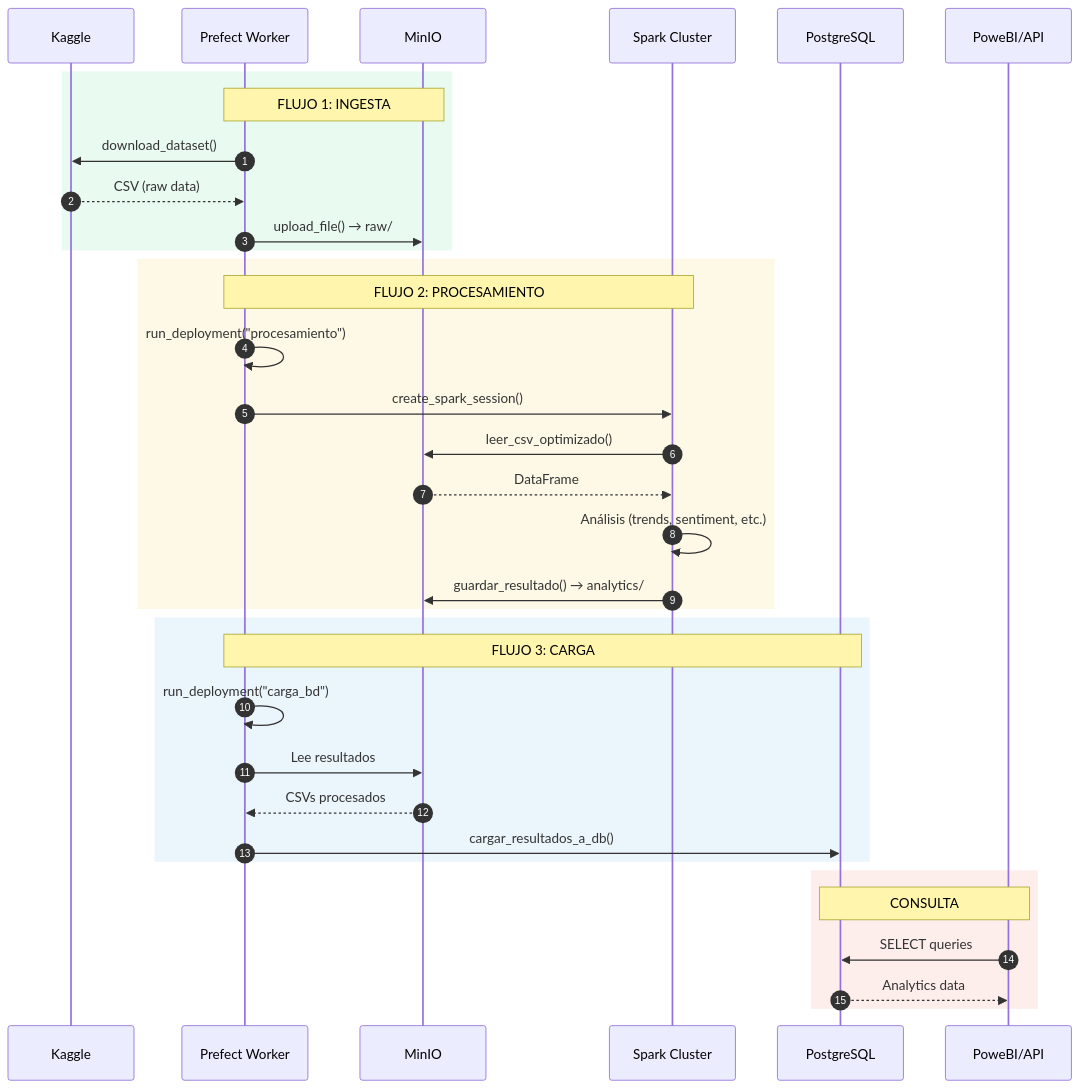
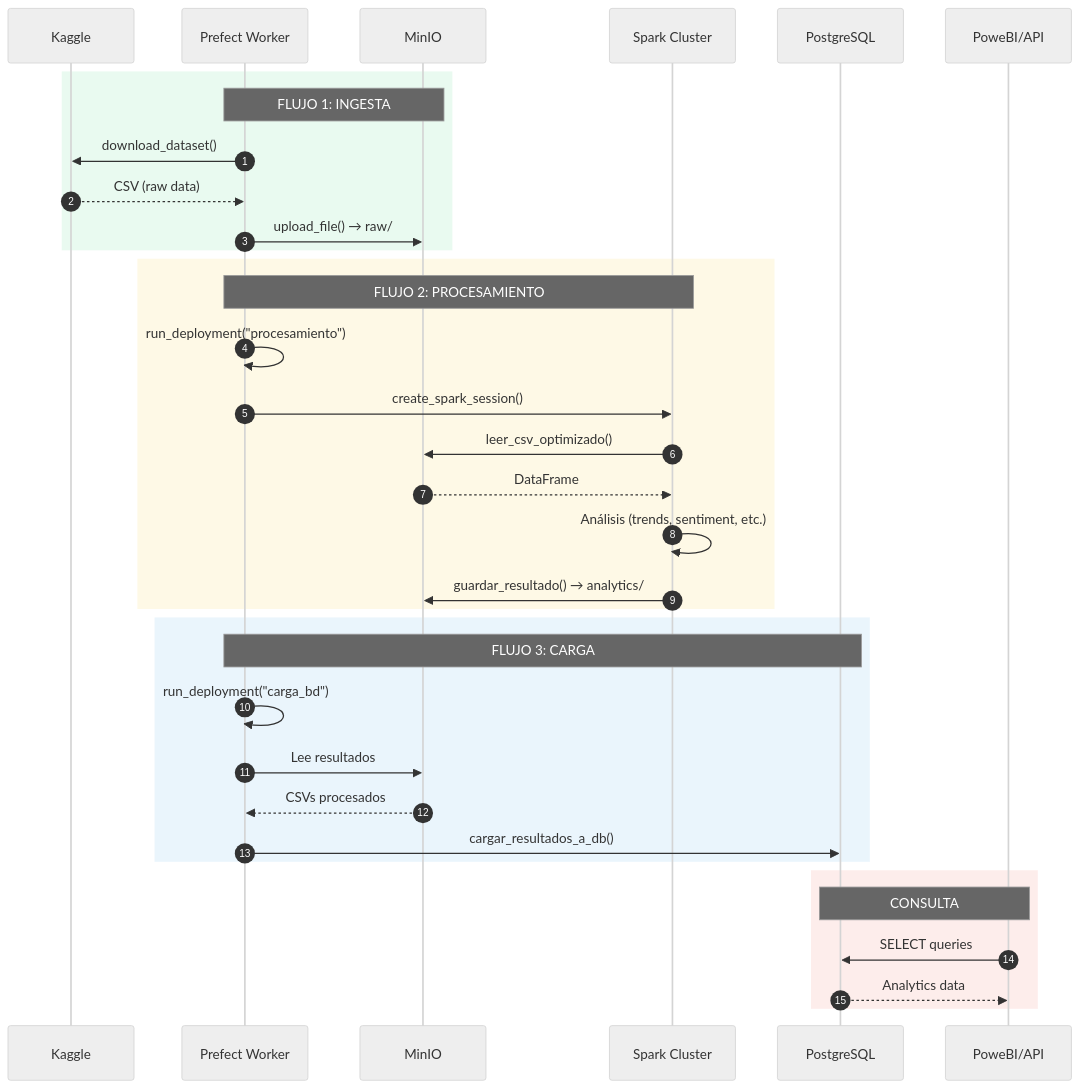
The second of 2 diagrams in README.md (luis27diego/reddit-trends-pipeline), drawn with Mermaid before and after one commit. The commit also changed other lines of this file and 1 other file, not shown here.

Commit message:
Refactor code structure for improved readability and maintainability

````diff
--- a/README.md
+++ b/README.md
@@ -105,41 +105,42 @@
 ```mermaid
+%%{init: {'theme': 'neutral'}}%%
 sequenceDiagram
-    autonumber
-    participant K as Kaggle
-    participant PW as Prefect Worker
-    participant MI as MinIO
-    participant SP as Spark Cluster
-    participant PG as PostgreSQL
-    participant BI as PoweBI/API
+    autonumber
+    participant K as Kaggle
+    participant PW as Prefect Worker
+    participant MI as MinIO
+    participant SP as Spark Cluster
+    participant PG as PostgreSQL
+    participant BI as PoweBI/API
 
-    rect rgb(46, 204, 113, 0.1)
-        Note over PW,MI: FLUJO 1: INGESTA
-        PW->>K: download_dataset()
-        K-->>PW: CSV (raw data)
-        PW->>MI: upload_file() → raw/
-    end
+    rect rgb(46, 204, 113, 0.1)
+        Note over PW,MI: FLUJO 1: INGESTA
+        PW->>K: download_dataset()
+        K-->>PW: CSV (raw data)
+        PW->>MI: upload_file() → raw/
+    end
 
-    rect rgb(241, 196, 15, 0.1)
-        Note over PW,SP: FLUJO 2: PROCESAMIENTO
-        PW->>PW: run_deployment("procesamiento")
-        PW->>SP: create_spark_session()
-        SP->>MI: leer_csv_optimizado()
-        MI-->>SP: DataFrame
-        SP->>SP: Análisis (trends, sentiment, etc.)
-        SP->>MI: guardar_resultado() → analytics/
-    end
+    rect rgb(241, 196, 15, 0.1)
+        Note over PW,SP: FLUJO 2: PROCESAMIENTO
+        PW->>PW: run_deployment("procesamiento")
+        PW->>SP: create_spark_session()
+        SP->>MI: leer_csv_optimizado()
+        MI-->>SP: DataFrame
+        SP->>SP: Análisis (trends, sentiment, etc.)
+        SP->>MI: guardar_resultado() → analytics/
+    end
 
-    rect rgb(52, 152, 219, 0.1)
-        Note over PW,PG: FLUJO 3: CARGA
-        PW->>PW: run_deployment("carga_bd")
-        PW->>MI: Lee resultados
-        MI-->>PW: CSVs procesados
-        PW->>PG: cargar_resultados_a_db()
-    end
+    rect rgb(52, 152, 219, 0.1)
+        Note over PW,PG: FLUJO 3: CARGA
+        PW->>PW: run_deployment("carga_bd")
+        PW->>MI: Lee resultados
+        MI-->>PW: CSVs procesados
+        PW->>PG: cargar_resultados_a_db()
+    end
 
-    rect rgb(231, 76, 60, 0.1)
-        Note over PG,BI: CONSULTA
-        BI->>PG: SELECT queries
-        PG-->>BI: Analytics data
-    end
+    rect rgb(231, 76, 60, 0.1)
+        Note over PG,BI: CONSULTA
+        BI->>PG: SELECT queries
+        PG-->>BI: Analytics data
+    end
 ```
````
